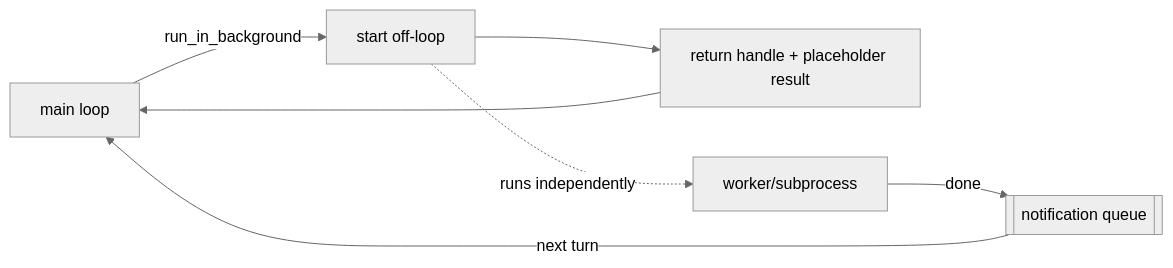
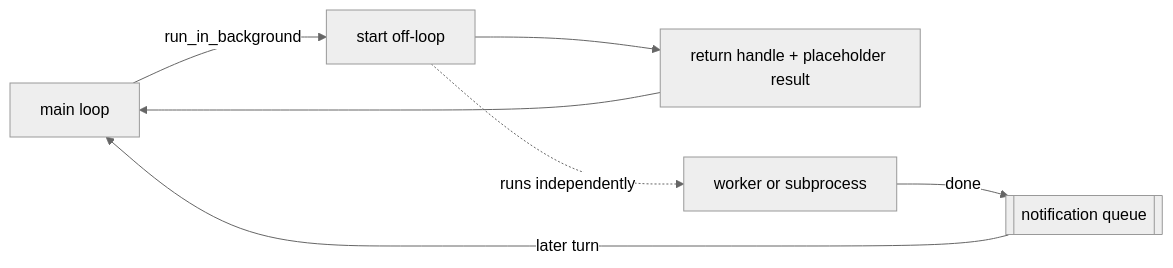
The diagram in sections/13-background-execution/README.md (hardness1020/awesome-agent-architecture), drawn with Mermaid (neutral theme) before and after one commit. The commit also changed other lines of this file and 16 other files, not shown here.

````diff
--- a/sections/13-background-execution/README.md
+++ b/sections/13-background-execution/README.md
@@ -20,9 +32,9 @@
 ```mermaid
 flowchart LR
     L[main loop] -->|run_in_background| S[start off-loop]
     S --> H[return handle + placeholder result]
     H --> L
-    S -.->|runs independently| W[worker/subprocess]
+    S -.->|runs independently| W[worker or subprocess]
     W -->|done| Q[[notification queue]]
-    Q -->|next turn| L
+    Q -->|later turn| L
 ```
````
